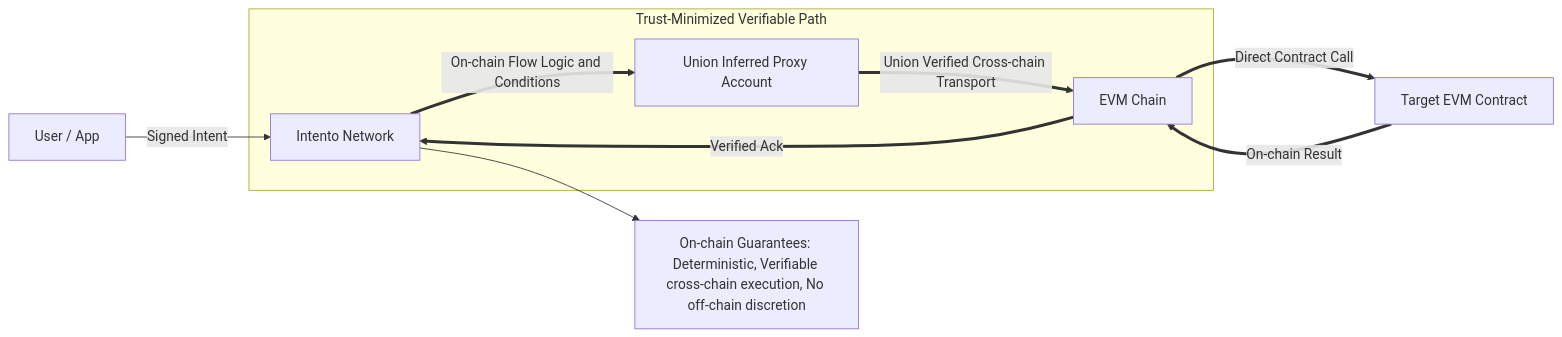
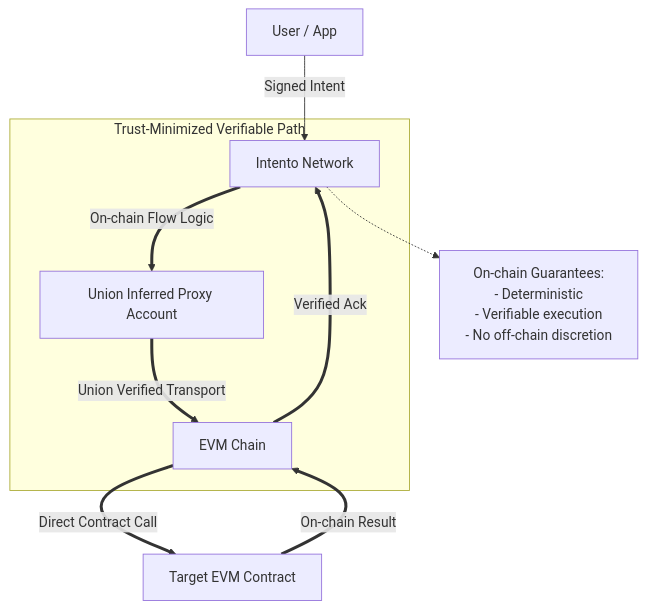
One commit to trstlabs/intento changed the second of 2 diagrams in docs/docs/getting-started/differentiation.md. Above: the diagram before and after it, drawn with Mermaid. The commit also changed other lines of this file and 7 other files, not shown here.

````diff
--- a/docs/docs/getting-started/differentiation.md
+++ b/docs/docs/getting-started/differentiation.md
@@ -119,18 +118,17 @@
 ```mermaid
-flowchart LR
+flowchart TD
   User[User / App] -->|Signed Intent| Intento[Intento Network]
-  Intento ==> |On-chain Flow Logic and Conditions| Proxy[Union Inferred Proxy Account]
-  Proxy ==> |Union Verified Cross-chain Transport| EVMChain[EVM Chain]
+  
+  subgraph Trustless["Trust-Minimized Verifiable Path"]
+    Intento ==> |On-chain Flow Logic| Proxy[Union Inferred Proxy Account]
+    Proxy ==> |Union Verified Transport| EVMChain[EVM Chain]
+  end
+
   EVMChain ==> |Direct Contract Call| EVMContract[Target EVM Contract]
   EVMContract ==> |On-chain Result| EVMChain
   EVMChain ==> |Verified Ack| Intento
 
-  subgraph Trustless["Trust-Minimized Verifiable Path"]
-    Intento
-    Proxy
-    EVMChain
-  end
 
-  Guarantees[On-chain Guarantees: Deterministic, Verifiable cross-chain execution, No off-chain discretion]
-  Intento --> Guarantees
+  Guarantees["On-chain Guarantees:<br/>- Deterministic<br/>- Verifiable execution<br/>- No off-chain discretion"]
+  Intento -.-> Guarantees
 ```
````
